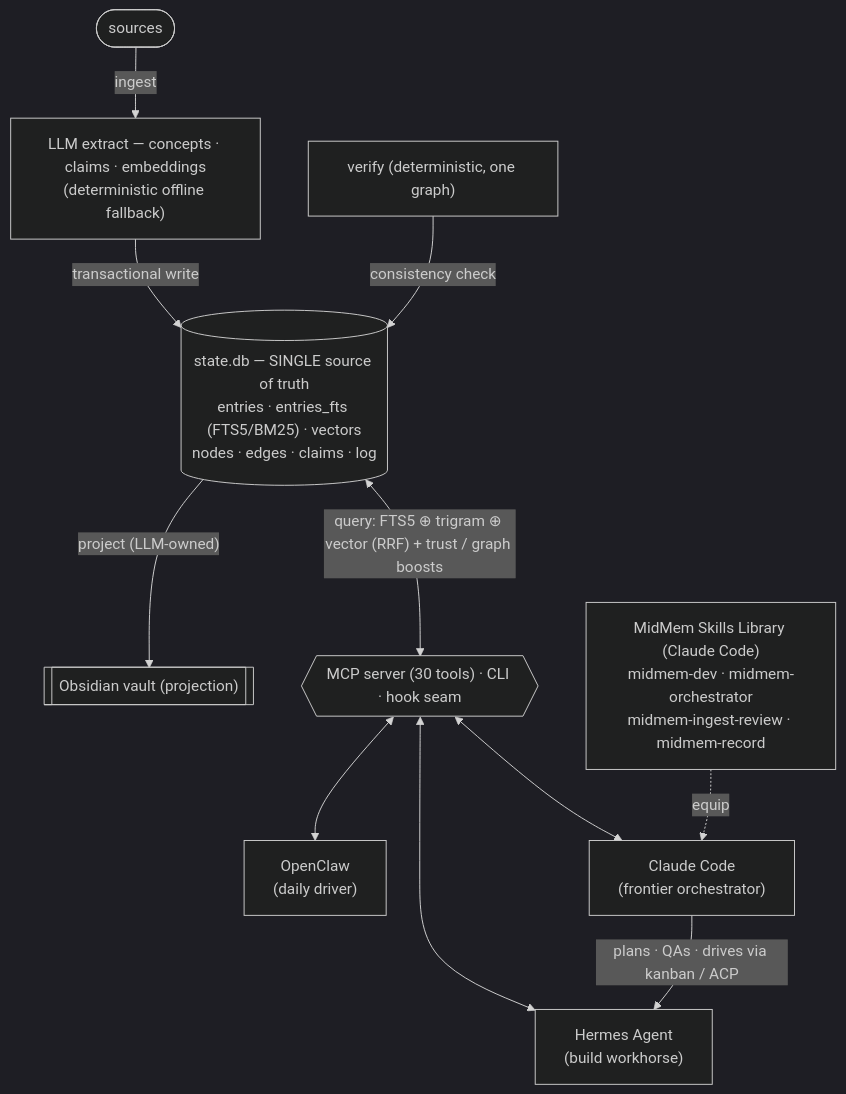
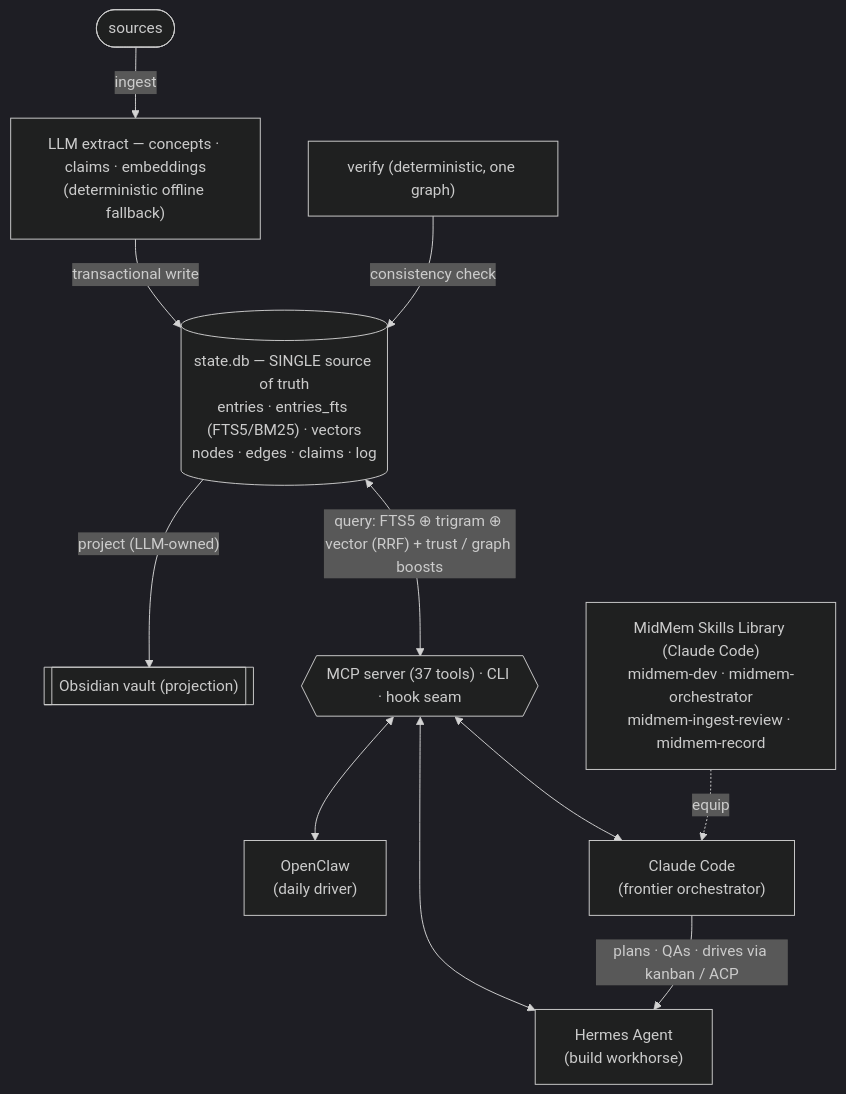
One commit to U4CSolutions/MidMem changed the diagram in README.md. Above: the diagram before and after it, drawn with Mermaid (dark theme). The commit also changed other lines of this file and 1 other file, not shown here.

````diff
--- a/README.md
+++ b/README.md
@@ -47,17 +47,17 @@
 ```mermaid
 flowchart TB
     src([sources]) -->|ingest| extract["LLM extract — concepts · claims · embeddings<br/>(deterministic offline fallback)"]
     extract -->|transactional write| DB[("state.db — SINGLE source of truth<br/>entries · entries_fts (FTS5/BM25) · vectors<br/>nodes · edges · claims · log")]
 
     DB -->|"project (LLM-owned)"| vault[["Obsidian vault (projection)"]]
     verify["verify (deterministic, one graph)"] -->|"consistency check"| DB
 
-    DB <-->|"query: FTS5 ⊕ trigram ⊕ vector (RRF) + trust / graph boosts"| mcp{{"MCP server (30 tools) · CLI · hook seam"}}
+    DB <-->|"query: FTS5 ⊕ trigram ⊕ vector (RRF) + trust / graph boosts"| mcp{{"MCP server (37 tools) · CLI · hook seam"}}
 
     mcp <--> oc["OpenClaw<br/>(daily driver)"]
     mcp <--> hz["Hermes Agent<br/>(build workhorse)"]
     mcp <--> cc["Claude Code<br/>(frontier orchestrator)"]
 
     cc -->|"plans · QAs · drives via kanban / ACP"| hz
     skills["MidMem Skills Library (Claude Code)<br/>midmem-dev · midmem-orchestrator<br/>midmem-ingest-review · midmem-record"] -.->|equip| cc
 ```
````
